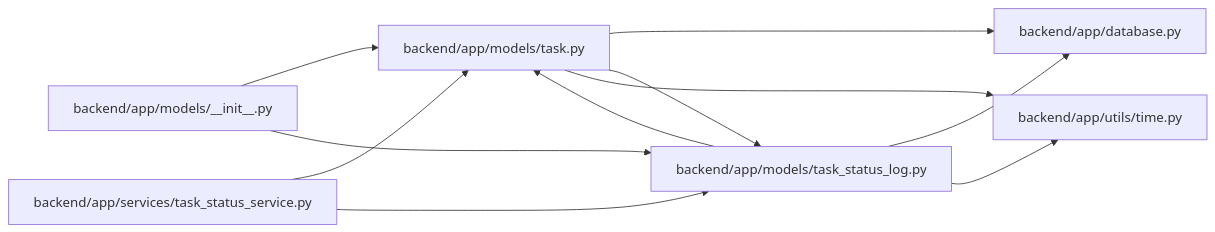
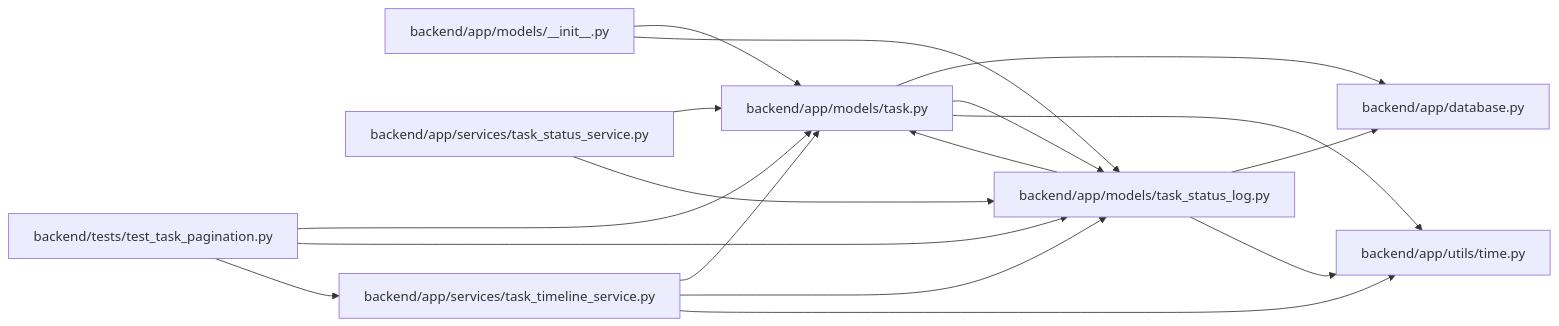
Before and after one commit to Denissvgn/WorkChord: the diagram in docs/llm_wiki/modules/task_status_log.md, drawn with Mermaid. The commit also changed other lines of this file and 2509 other files, not shown here.

````diff
--- a/docs/llm_wiki/modules/task_status_log.md
+++ b/docs/llm_wiki/modules/task_status_log.md
@@ -24,25 +24,35 @@
 ```mermaid
 flowchart LR
     n0["backend/app/database.py"]
     n1["backend/app/models/__init__.py"]
     n2["backend/app/models/task.py"]
     n3["backend/app/models/task_status_log.py"]
     n4["backend/app/services/task_status_service.py"]
-    n5["backend/app/utils/time.py"]
+    n5["backend/app/services/task_timeline_service.py"]
+    n6["backend/app/utils/time.py"]
+    n7["backend/tests/test_task_pagination.py"]
     n1 --> n2
     n1 --> n3
     n2 --> n0
     n2 --> n3
-    n2 --> n5
+    n2 --> n6
     n3 --> n0
     n3 --> n2
-    n3 --> n5
+    n3 --> n6
     n4 --> n2
     n4 --> n3
+    n5 --> n2
+    n5 --> n3
+    n5 --> n6
+    n7 --> n2
+    n7 --> n3
+    n7 --> n5
     click n0 "../modules/app_database.md"
     click n1 "../modules/models___init__.md"
     click n2 "../modules/models_task.md"
     click n3 "../modules/task_status_log.md"
     click n4 "../modules/task_status_service.md"
-    click n5 "../modules/time.md"
+    click n5 "../modules/task_timeline_service.md"
+    click n6 "../modules/time.md"
+    click n7 "../modules/test_task_pagination.md"
 ```
````
